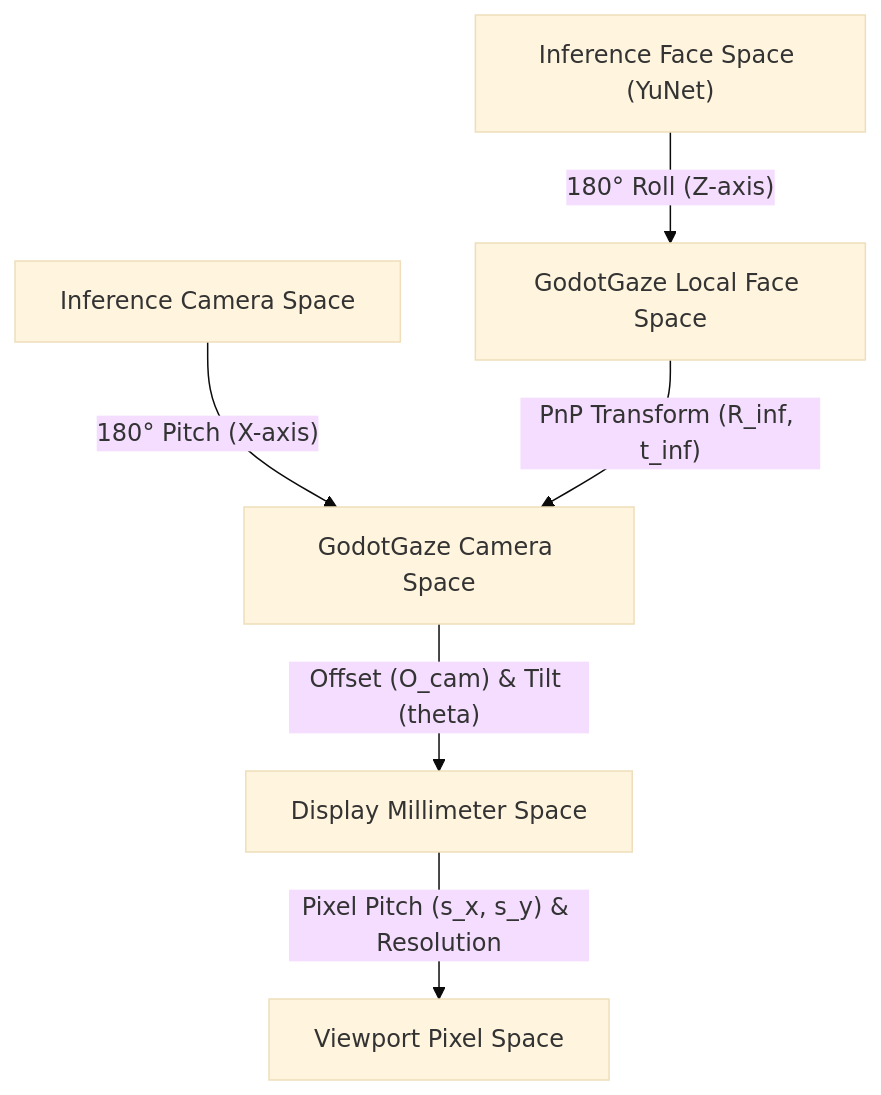
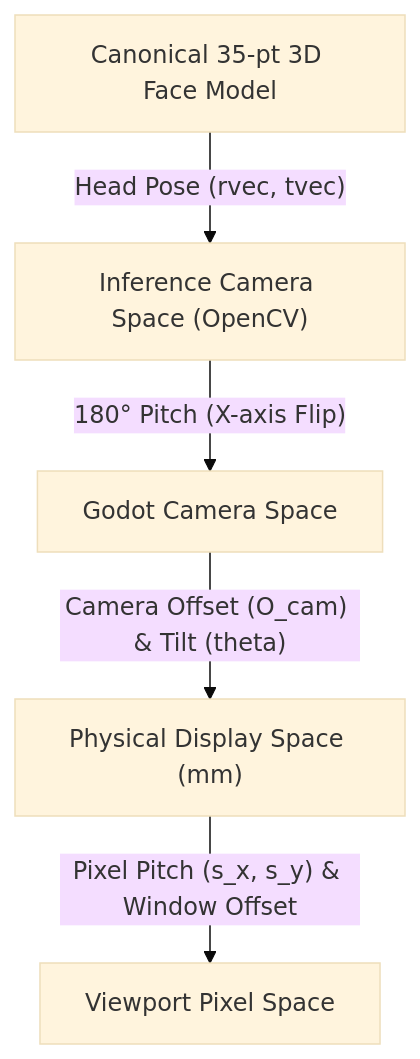
One commit to browndragon/godot-gaze changed the diagram in docs/mathematical_model.md. Above: the diagram before and after it, drawn with Mermaid (base theme). The commit also changed other lines of this file and 36 other files, not shown here.

First line of the commit message:
refactor(core): architectural remediation, dead code removal, and docs modernization

````diff
--- a/docs/mathematical_model.md
+++ b/docs/mathematical_model.md
@@ -11,8 +11,7 @@
 ```mermaid
 graph TD
-    INF_FACE["Inference Face Space (YuNet)"] -- "180° Roll (Z-axis)" --> GG_FACE["GodotGaze Local Face Space"]
-    INF_CAM["Inference Camera Space"] -- "180° Pitch (X-axis)" --> GG_CAM["GodotGaze Camera Space"]
-    GG_FACE -- "PnP Transform (R_inf, t_inf)" --> GG_CAM
-    GG_CAM -- "Offset (O_cam) & Tilt (theta)" --> DISP["Display Millimeter Space"]
-    DISP -- "Pixel Pitch (s_x, s_y) & Resolution" --> PIX["Viewport Pixel Space"]
+    INF_FACE["Canonical 35-pt 3D Face Model"] -- "Head Pose (rvec, tvec)" --> INF_CAM["Inference Camera Space (OpenCV)"]
+    INF_CAM -- "180° Pitch (X-axis Flip)" --> GG_CAM["Godot Camera Space"]
+    GG_CAM -- "Camera Offset (O_cam) & Tilt (theta)" --> DISP["Physical Display Space (mm)"]
+    DISP -- "Pixel Pitch (s_x, s_y) & Window Offset" --> PIX["Viewport Pixel Space"]
 ```
````
